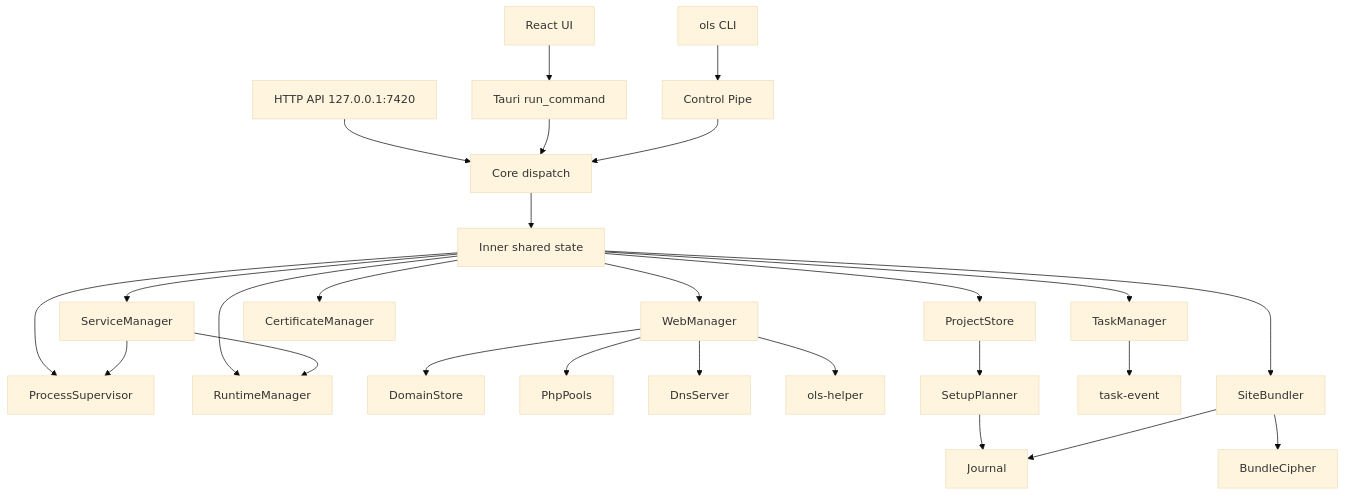
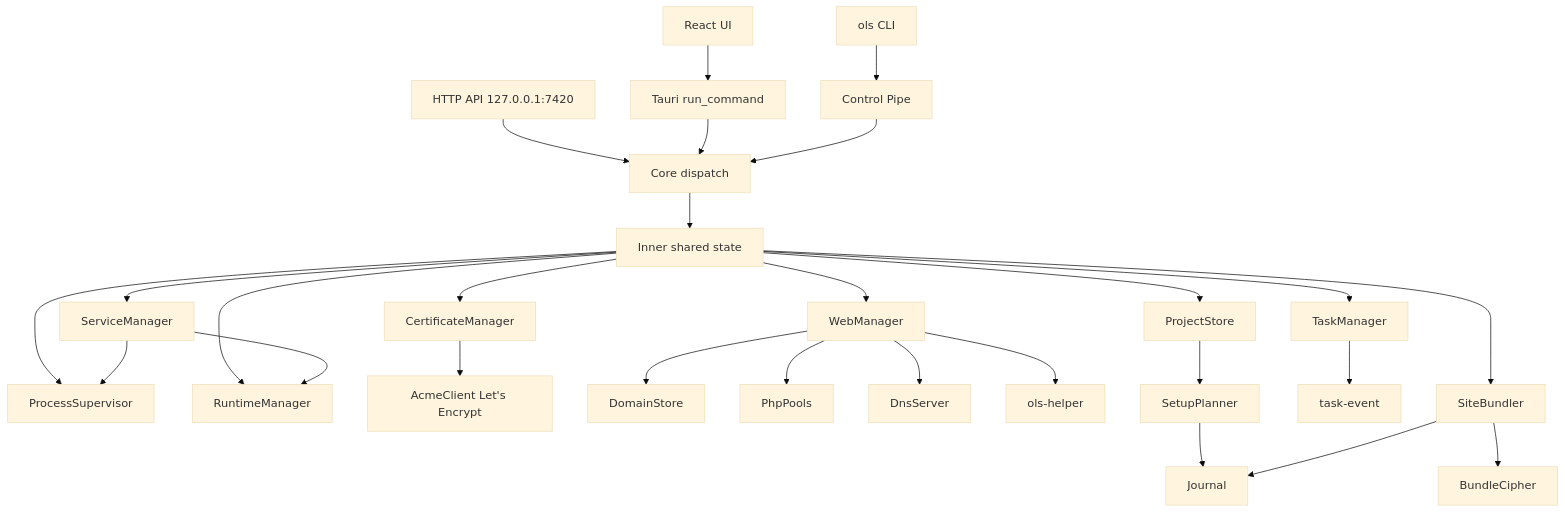
One commit to kz370/OpenLocalServer changed the diagram in specs/diagrams/architecture.mmd. Above: the diagram before and after it, drawn with Mermaid (base theme). The commit also changed 9 other files, not shown here.

```diff
--- a/specs/diagrams/architecture.mmd
+++ b/specs/diagrams/architecture.mmd
@@ -1,26 +1,27 @@
 graph TB
   UI[React UI] --> IPC[Tauri run_command]
   CLI[ols CLI] --> PIPE[Control Pipe]
   API[HTTP API 127.0.0.1:7420] --> CORE[Core dispatch]
   IPC --> CORE
   PIPE --> CORE
   CORE --> INNER[Inner shared state]
   INNER --> PROC[ProcessSupervisor]
   INNER --> RT[RuntimeManager]
   INNER --> SVC[ServiceManager]
   INNER --> WEB[WebManager]
   INNER --> PROJ[ProjectStore]
   INNER --> CERT[CertificateManager]
+  CERT --> ACME[AcmeClient Let's Encrypt]
   WEB --> DOM[DomainStore]
   WEB --> PHP[PhpPools]
   WEB --> DNS[DnsServer]
   WEB --> HELP[ols-helper]
   SVC --> RT
   SVC --> PROC
   PROJ --> SETUP[SetupPlanner]
   SETUP --> JOUR[Journal]
   INNER --> TASKS[TaskManager]
   TASKS --> TEVENT[task-event]
   INNER --> BUNDLE[SiteBundler]
   BUNDLE --> CRYPTO[BundleCipher]
   BUNDLE --> JOUR
```
